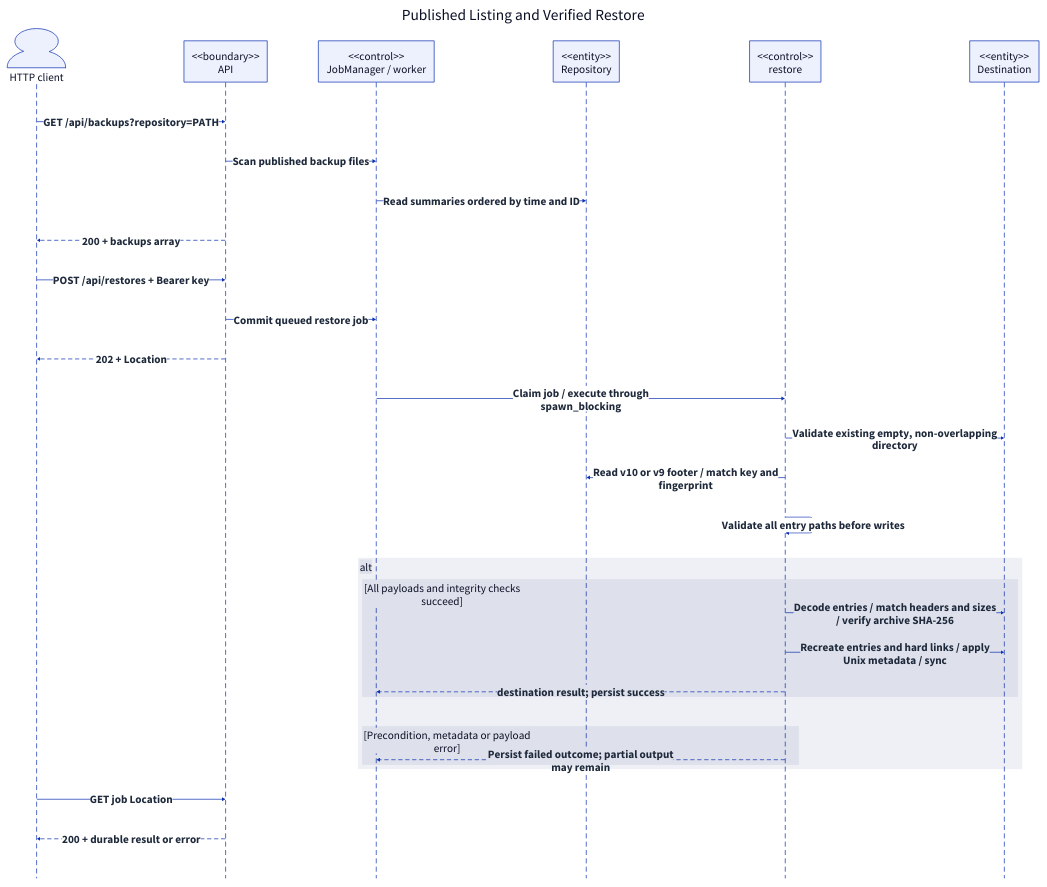
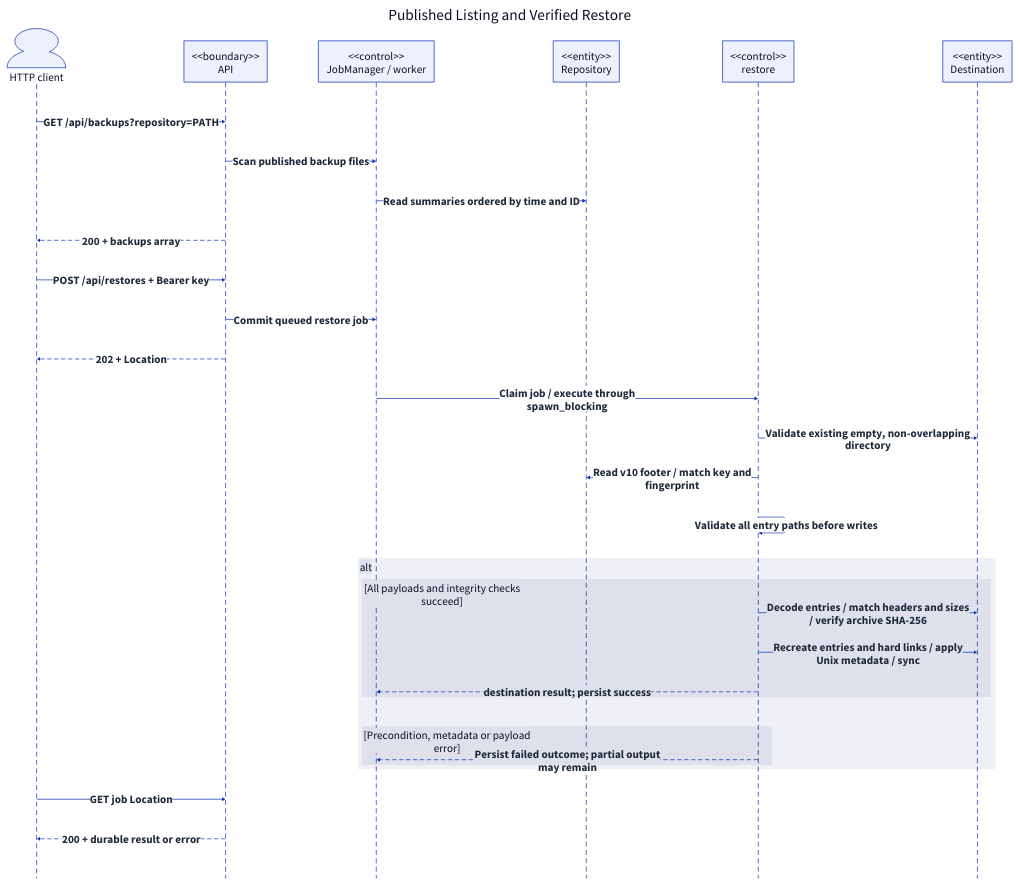
One commit to qi7876/software-development-exp changed the diagram in docs/report/generated/system-sequence-restore.d2. Above: the diagram before and after it, drawn with D2. The commit also changed 24 other files, not shown here.

```diff
--- a/docs/report/generated/system-sequence-restore.d2
+++ b/docs/report/generated/system-sequence-restore.d2
@@ -1,41 +1,41 @@
 # Generated from docs/report/model.yaml; do not edit directly.
 direction: down
 **.style.font-size: 32
 (** -> **)[*].style: {font-size: 32; bold: true; italic: false; font-color: "#1E293B"}
 (** -- **)[*].style: {font-size: 32; bold: true; italic: false; font-color: "#1E293B"}
 (** <- **)[*].style: {font-size: 32; bold: true; italic: false; font-color: "#1E293B"}
 diagram: "Published Listing and Verified Restore" {
   style.font-size: 44
   style.fill: white
   style.stroke: transparent
   shape: sequence_diagram
   Client: "HTTP client" {shape: person}
   API: "<<boundary>>\nAPI" {shape: rectangle}
   Jobs: "<<control>>\nJobManager / worker" {shape: rectangle}
   Repo: "<<entity>>\nRepository" {shape: rectangle}
   Restore: "<<control>>\nrestore" {shape: rectangle}
   Dest: "<<entity>>\nDestination" {shape: rectangle}
   Client -> API: "GET /api/backups?repository=PATH"
   API -> Jobs: "Scan published backup files"
   Jobs -> Repo: "Read summaries ordered by time and ID"
   API -> Client: "200 + backups array" {style.stroke-dash: 5}
   Client -> API: "POST /api/restores + Bearer key"
   API -> Jobs: "Commit queued restore job"
   API -> Client: "202 + Location" {style.stroke-dash: 5}
   Jobs -> Restore: "Claim job / execute through\nspawn_blocking"
   Restore -> Dest: "Validate existing empty, non-overlapping\ndirectory"
-  Restore -> Repo: "Read v10 or v9 footer / match key and\nfingerprint"
+  Restore -> Repo: "Read v10 footer / match key and\nfingerprint"
   Restore -> Restore: "Validate all entry paths before writes"
   fragment_11: alt {
     branch_11: "[All payloads and integrity checks\nsucceed]" {
       Restore -> Dest: "Decode entries / match headers and sizes\n/ verify archive SHA-256"
       Restore -> Dest: "Recreate entries and hard links / apply\nUnix metadata / sync"
       Restore -> Jobs: "destination result; persist success" {style.stroke-dash: 5}
     }
     branch_15: "[Precondition, metadata or payload\nerror]" {
       Restore -> Jobs: "Persist failed outcome; partial output\nmay remain" {style.stroke-dash: 5}
     }
   }
   Client -> API: "GET job Location"
   API -> Client: "200 + durable result or error" {style.stroke-dash: 5}
 }
```
